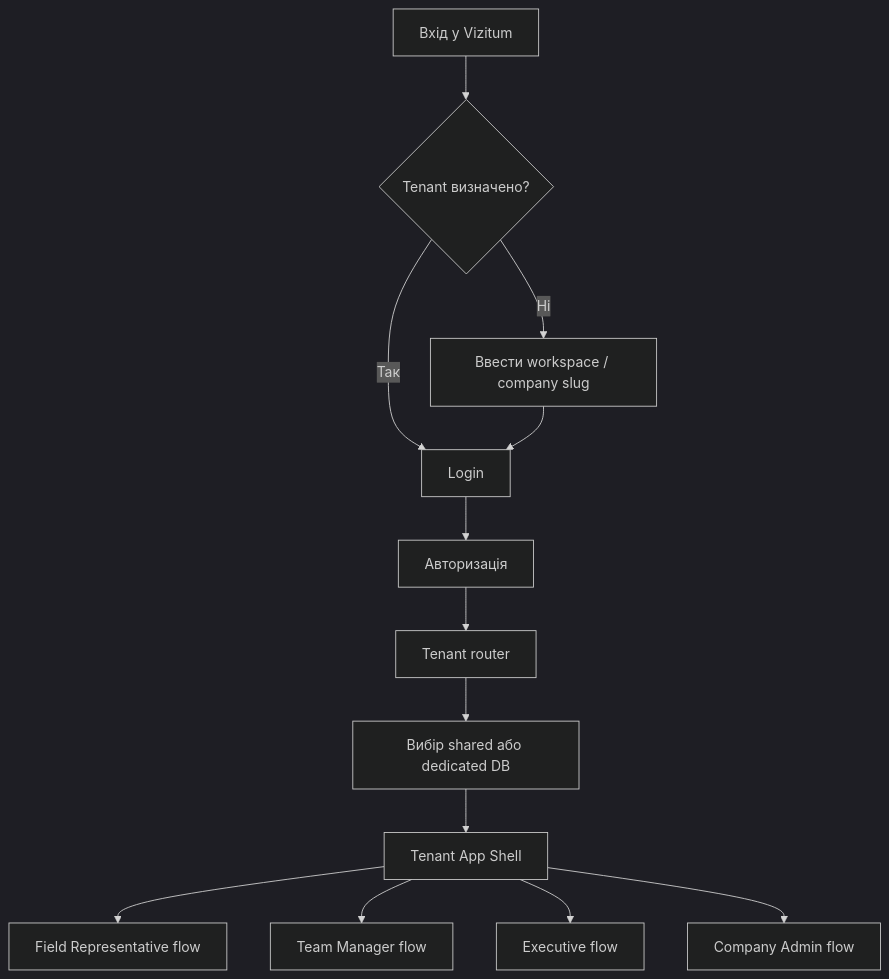
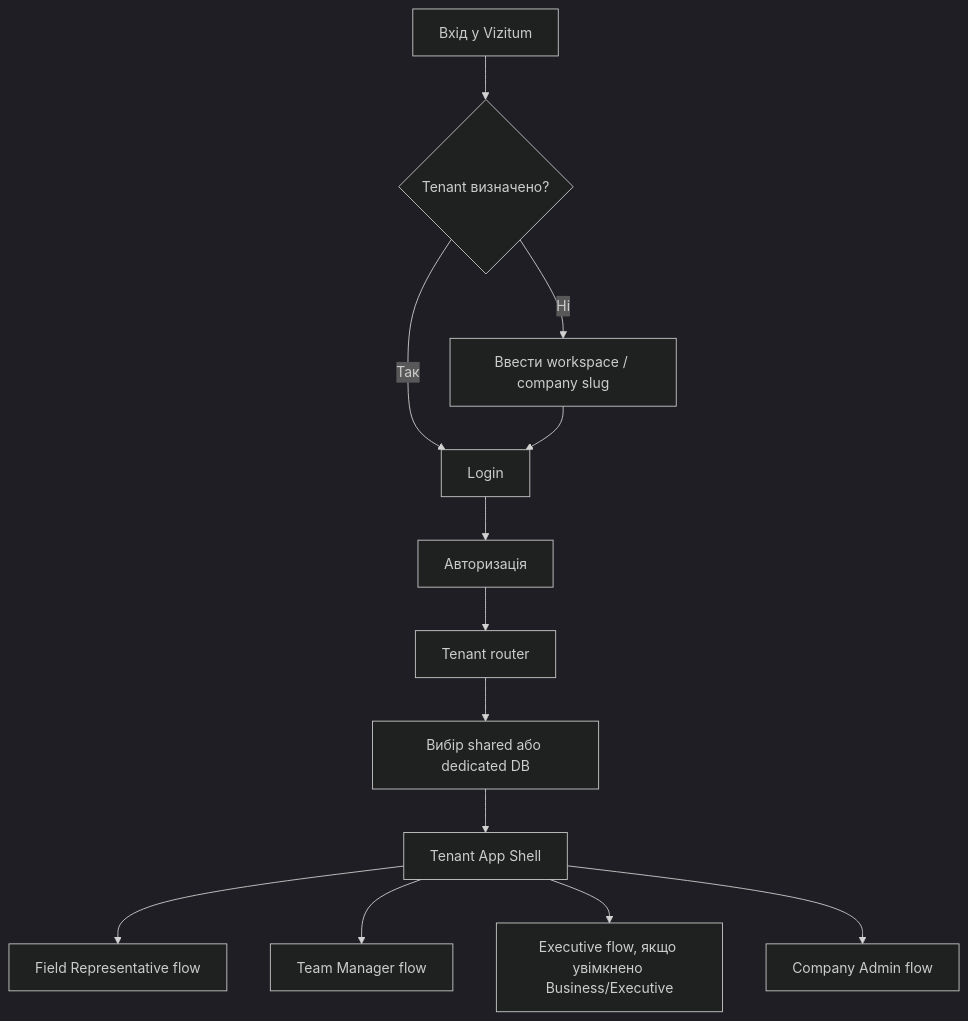
Before and after one commit to IhorKiy/VIZITUM: the first of 7 diagrams in docs/vizitum-user-flows-horizontal-partition.md, drawn with Mermaid (dark theme). The commit also changed other lines of this file, not shown here.

Commit message:
Clarify Team and Business product modes

````diff
--- a/docs/vizitum-user-flows-horizontal-partition.md
+++ b/docs/vizitum-user-flows-horizontal-partition.md
@@ -145,15 +171,15 @@
 ```mermaid
 flowchart TD
   Entry["Вхід у Vizitum"] --> ResolveTenant{"Tenant визначено?"}
   ResolveTenant -- Ні --> TenantLookup["Ввести workspace / company slug"]
   ResolveTenant -- Так --> Login["Login"]
   TenantLookup --> Login
   Login --> Auth["Авторизація"]
   Auth --> TenantRouter["Tenant router"]
   TenantRouter --> TenantDB["Вибір shared або dedicated DB"]
   TenantDB --> Shell["Tenant App Shell"]
   Shell --> Rep["Field Representative flow"]
   Shell --> Manager["Team Manager flow"]
-  Shell --> Executive["Executive flow"]
+  Shell --> Executive["Executive flow, якщо увімкнено Business/Executive"]
   Shell --> Admin["Company Admin flow"]
 ```
````
